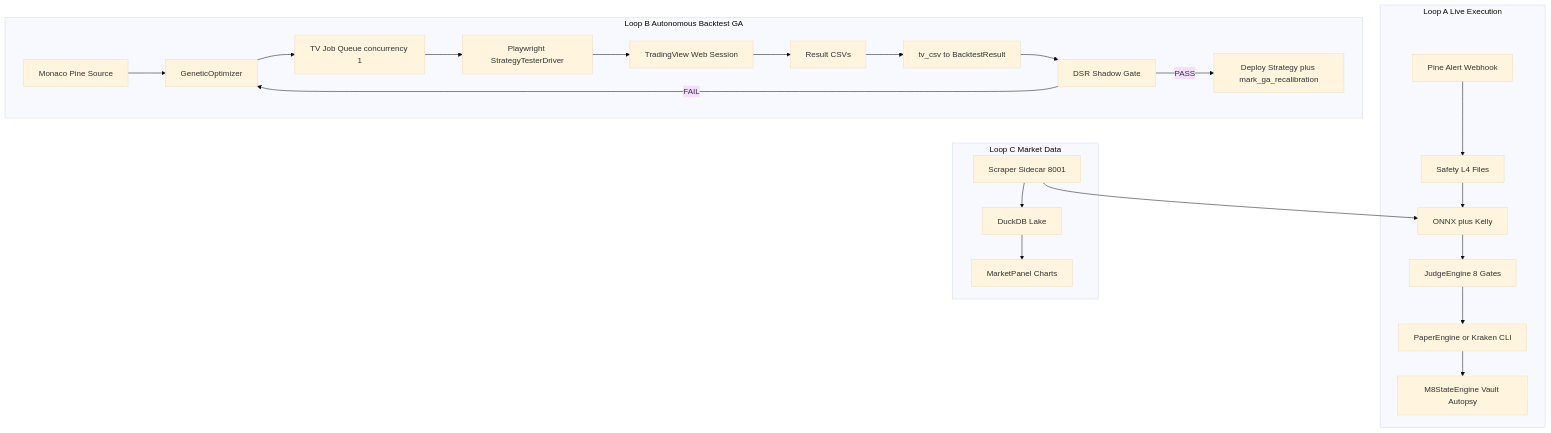
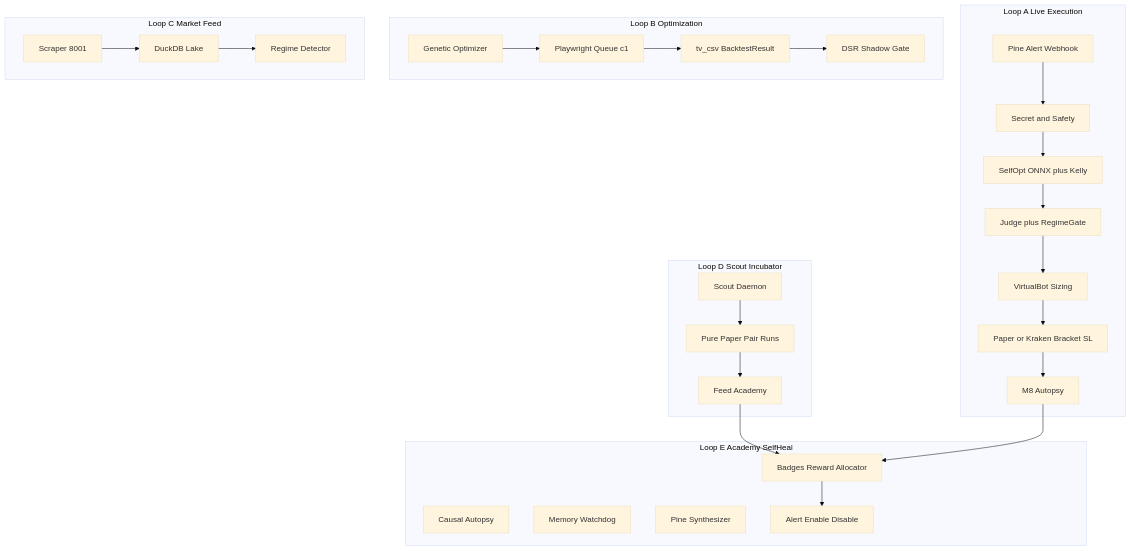
The first of 6 diagrams in docs/BLUEPRINT-SIGMA.md (Finnlayy/Sigma), drawn with Mermaid (base theme) before and after one commit. The commit also changed other lines of this file and 1 other file, not shown here.

````diff
--- a/docs/BLUEPRINT-SIGMA.md
+++ b/docs/BLUEPRINT-SIGMA.md
@@ -68,34 +81,41 @@
 ```mermaid
 flowchart TB
   subgraph loopA [Loop A Live Execution]
     PineAlert[Pine Alert Webhook]
-    Safety[Safety L4 Files]
-    ONNX[ONNX plus Kelly]
-    Judge[JudgeEngine 8 Gates]
-    PaperOrLive[PaperEngine or Kraken CLI]
-    M8[M8StateEngine Vault Autopsy]
-    PineAlert --> Safety --> ONNX --> Judge --> PaperOrLive --> M8
+    Safety[Secret and Safety]
+    ONNX[SelfOpt ONNX plus Kelly]
+    Judge[Judge plus RegimeGate]
+    VBot[VirtualBot Sizing]
+    Exec[Paper or Kraken Bracket SL]
+    M8[M8 Autopsy]
+    PineAlert --> Safety --> ONNX --> Judge --> VBot --> Exec --> M8
   end
-
-  subgraph loopB [Loop B Autonomous Backtest GA]
-    Monaco[Monaco Pine Source]
-    GA[GeneticOptimizer]
-    Queue[TV Job Queue concurrency 1]
-    Driver[Playwright StrategyTesterDriver]
-    TVWeb[TradingView Web Session]
-    CSV[Result CSVs]
-    Parse[tv_csv to BacktestResult]
-    Gate[DSR Shadow Gate]
-    Monaco --> GA --> Queue --> Driver --> TVWeb --> CSV --> Parse --> Gate
-    Gate -->|PASS| Deploy[Deploy Strategy plus mark_ga_recalibration]
-    Gate -->|FAIL| GA
+  subgraph loopB [Loop B Optimization]
+    GA[Genetic Optimizer]
+    TVQ[Playwright Queue c1]
+    CSV[tv_csv BacktestResult]
+    Shadow[DSR Shadow Gate]
+    GA --> TVQ --> CSV --> Shadow
   end
-
-  subgraph loopC [Loop C Market Data]
-    Scraper[Scraper Sidecar 8001]
+  subgraph loopC [Loop C Market Feed]
+    Scraper[Scraper 8001]
     Lake[DuckDB Lake]
-    UICharts[MarketPanel Charts]
-    Scraper --> Lake --> UICharts
-    Scraper --> ONNX
+    Radar[Regime Detector]
+    Scraper --> Lake --> Radar
+  end
+  subgraph loopD [Loop D Scout Incubator]
+    Scout[Scout Daemon]
+    Paper[Pure Paper Pair Runs]
+    Feed[Feed Academy]
+    Scout --> Paper --> Feed
+  end
+  subgraph loopE [Loop E Academy SelfHeal]
+    Academy[Badges Reward Allocator]
+    Causal[Causal Autopsy]
+    Mem[Memory Watchdog]
+    Synth[Pine Synthesizer]
+    Feed --> Academy
+    M8 --> Academy
+    Academy --> Alloc[Alert Enable Disable]
   end
 ```
````
